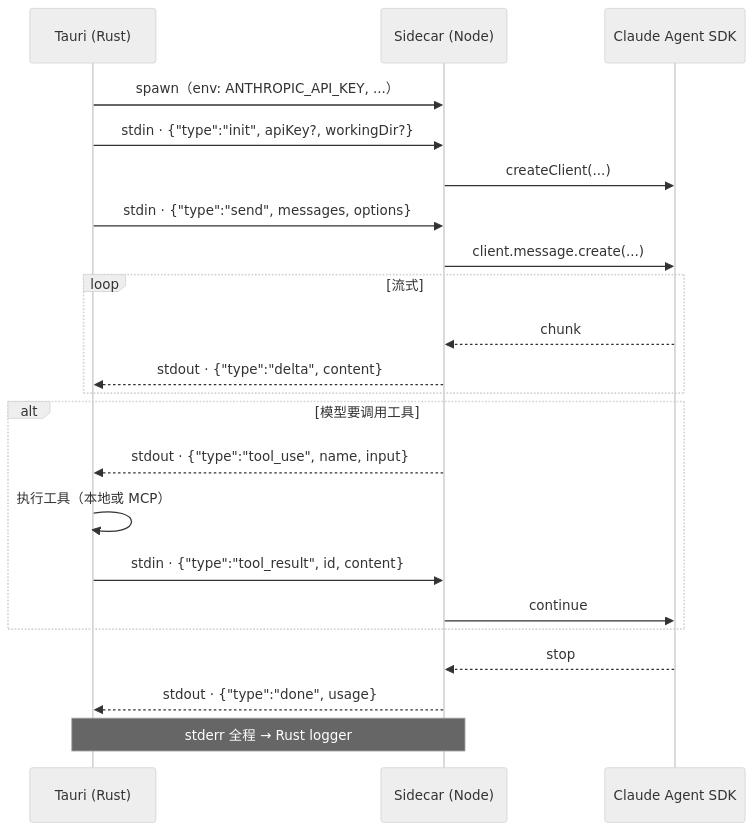
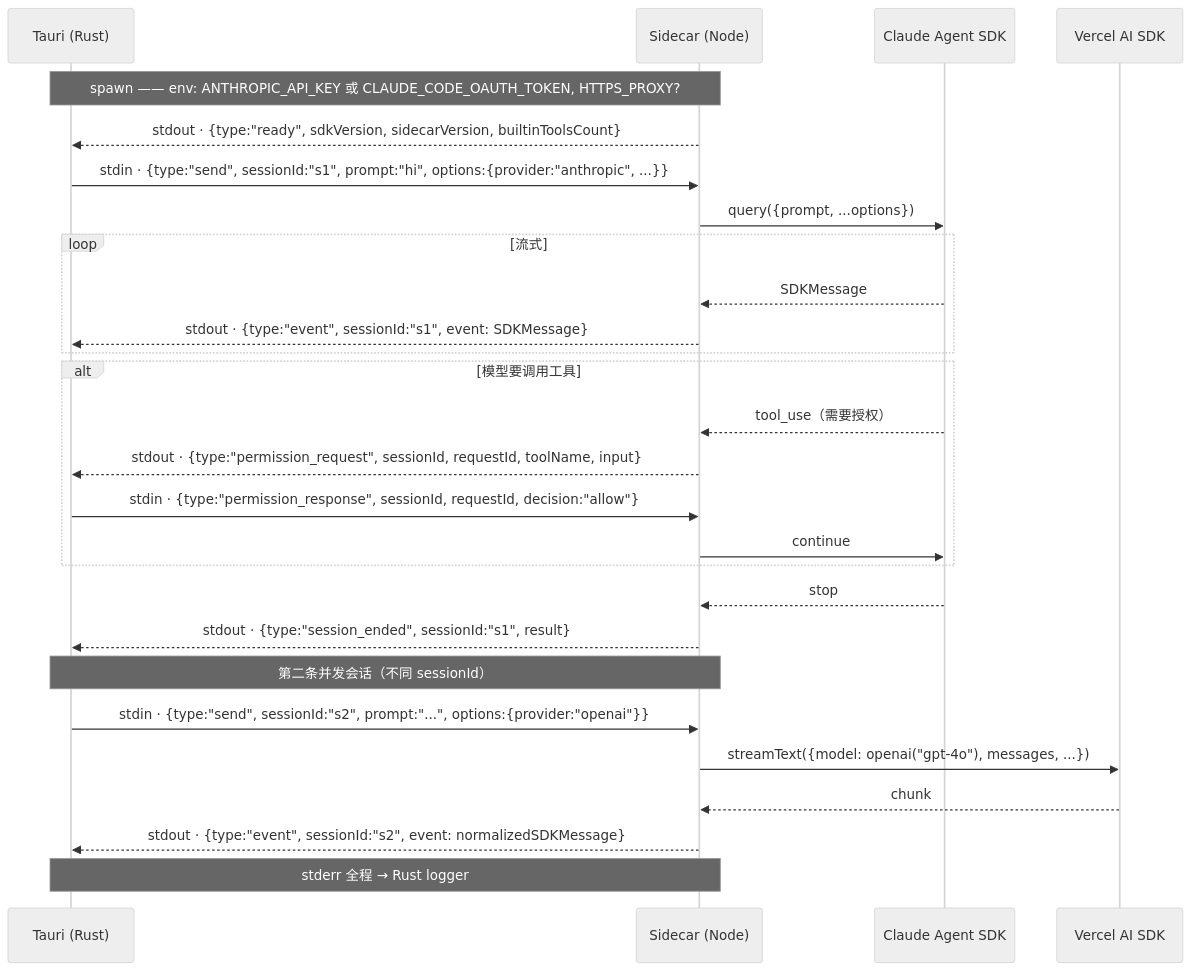
The first of 2 diagrams in docs/content/docs/zh/sidecar-and-claude-sdk.mdx (MaxQian888/cognia-next), drawn with Mermaid (neutral theme) before and after one commit. The commit also changed other lines of this file and 211 other files, not shown here.

````diff
--- a/docs/content/docs/zh/sidecar-and-claude-sdk.mdx
+++ b/docs/content/docs/zh/sidecar-and-claude-sdk.mdx
@@ -49,30 +99,36 @@
 ```mermaid
 sequenceDiagram
   participant P as Tauri (Rust)
   participant SC as Sidecar (Node)
   participant SDK as Claude Agent SDK
+  participant AI as Vercel AI SDK
 
-  P->>SC: spawn（env: ANTHROPIC_API_KEY, ...）
-  P->>SC: stdin · {"type":"init", apiKey?, workingDir?}
-  SC->>SDK: createClient(...)
+  Note over P,SC: spawn —— env: ANTHROPIC_API_KEY 或 CLAUDE_CODE_OAUTH_TOKEN, HTTPS_PROXY?
+  SC-->>P: stdout · {type:"ready", sdkVersion, sidecarVersion, builtinToolsCount}
 
-  P->>SC: stdin · {"type":"send", messages, options}
-  SC->>SDK: client.message.create(...)
+  P->>SC: stdin · {type:"send", sessionId:"s1", prompt:"hi", options:{provider:"anthropic", ...}}
+  SC->>SDK: query({prompt, ...options})
 
   loop 流式
-    SDK-->>SC: chunk
-    SC-->>P: stdout · {"type":"delta", content}
+    SDK-->>SC: SDKMessage
+    SC-->>P: stdout · {type:"event", sessionId:"s1", event: SDKMessage}
   end
 
   alt 模型要调用工具
-    SC-->>P: stdout · {"type":"tool_use", name, input}
-    P->>P: 执行工具（本地或 MCP）
-    P->>SC: stdin · {"type":"tool_result", id, content}
+    SDK-->>SC: tool_use（需要授权）
+    SC-->>P: stdout · {type:"permission_request", sessionId, requestId, toolName, input}
+    P->>SC: stdin · {type:"permission_response", sessionId, requestId, decision:"allow"}
     SC->>SDK: continue
   end
 
   SDK-->>SC: stop
-  SC-->>P: stdout · {"type":"done", usage}
+  SC-->>P: stdout · {type:"session_ended", sessionId:"s1", result}
+
+  Note over P,SC: 第二条并发会话（不同 sessionId）
+  P->>SC: stdin · {type:"send", sessionId:"s2", prompt:"...", options:{provider:"openai"}}
+  SC->>AI: streamText({model: openai("gpt-4o"), messages, ...})
+  AI-->>SC: chunk
+  SC-->>P: stdout · {type:"event", sessionId:"s2", event: normalizedSDKMessage}
 
   Note over P,SC: stderr 全程 → Rust logger
 ```
````
